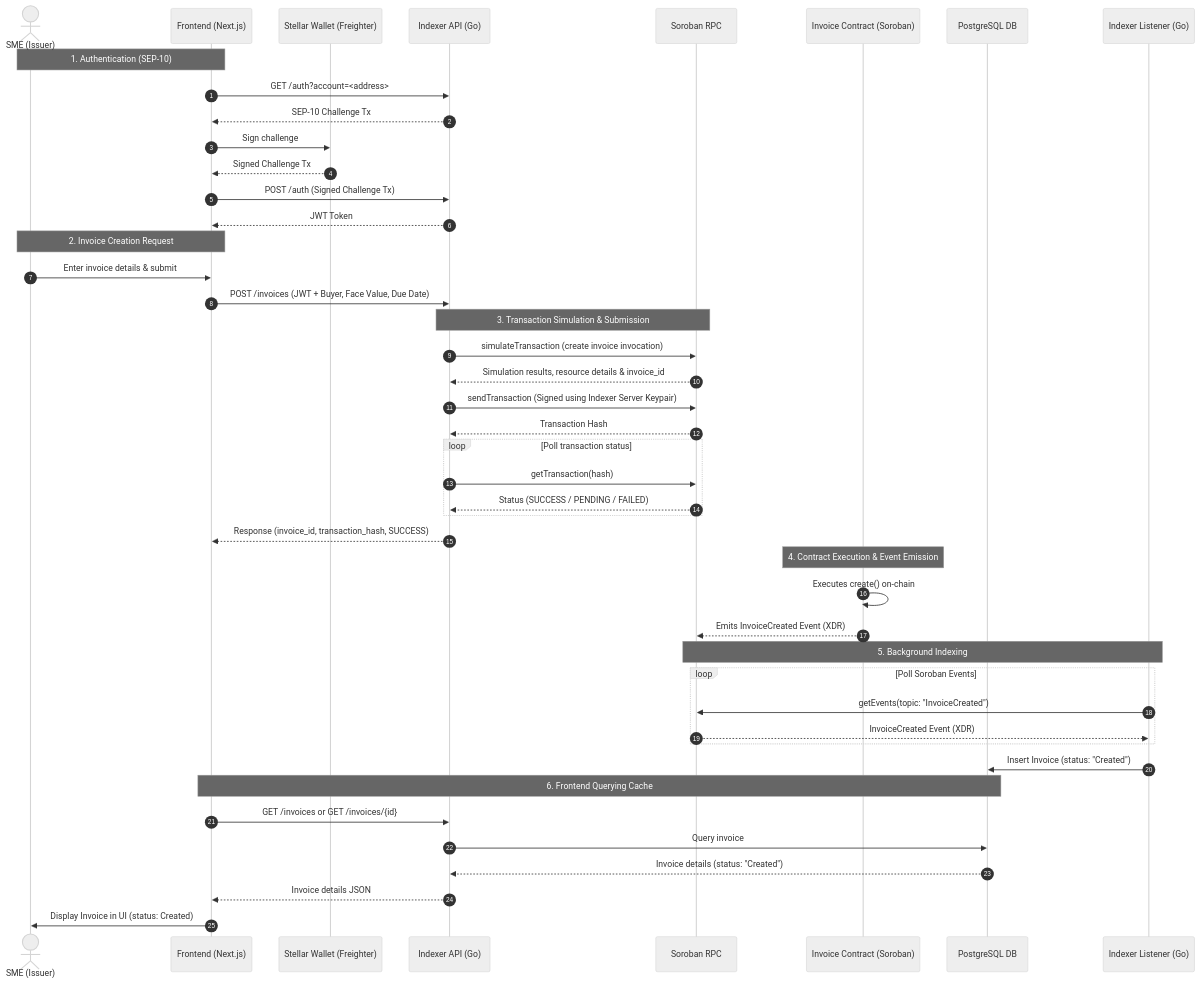
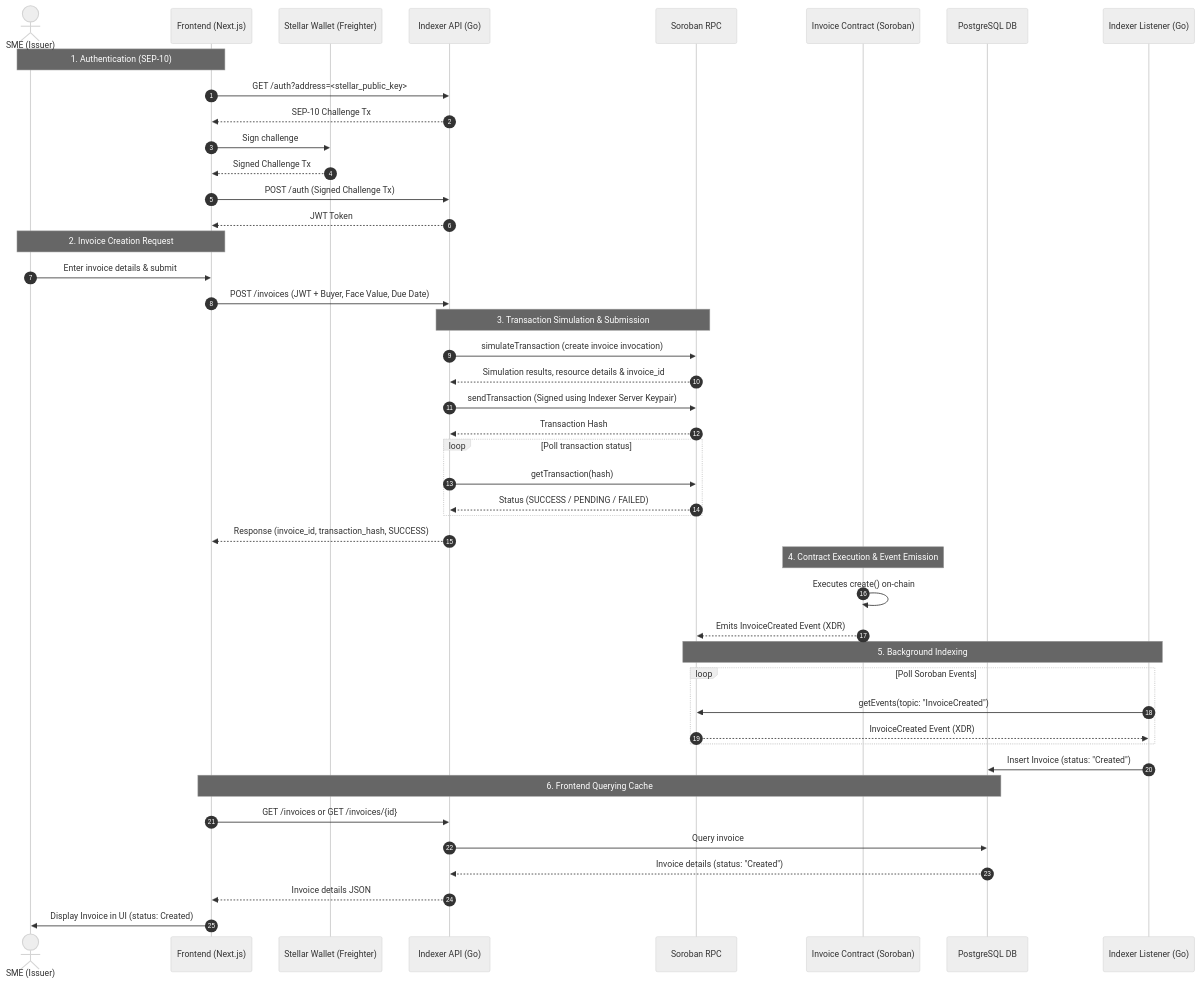
One commit to TrusTrove/TrusTrove-app changed the first of 2 diagrams in docs/ARCHITECTURE.md. Above: the diagram before and after it, drawn with Mermaid (neutral theme). The commit also changed other lines of this file and 10 other files, not shown here.

First line of the commit message:
docs: fix SDK reference, ARCHITECTURE, default economics, invoice flow (#912, #908, #904, #902)

````diff
--- a/docs/ARCHITECTURE.md
+++ b/docs/ARCHITECTURE.md
@@ -108,55 +131,55 @@
 ```mermaid
 sequenceDiagram
     autonumber
     actor SME as SME (Issuer)
     participant FE as Frontend (Next.js)
     participant Wallet as Stellar Wallet (Freighter)
     participant IX_API as Indexer API (Go)
     participant RPC as Soroban RPC
     participant SC as Invoice Contract (Soroban)
     participant DB as PostgreSQL DB
     participant IX_LIS as Indexer Listener (Go)
 
     Note over SME, FE: 1. Authentication (SEP-10)
-    FE->>IX_API: GET /auth?account=<address>
+    FE->>IX_API: GET /auth?address=<stellar_public_key>
     IX_API-->>FE: SEP-10 Challenge Tx
     FE->>Wallet: Sign challenge
     Wallet-->>FE: Signed Challenge Tx
     FE->>IX_API: POST /auth (Signed Challenge Tx)
     IX_API-->>FE: JWT Token
 
     Note over SME, FE: 2. Invoice Creation Request
     SME->>FE: Enter invoice details & submit
     FE->>IX_API: POST /invoices (JWT + Buyer, Face Value, Due Date)
 
     Note over IX_API, RPC: 3. Transaction Simulation & Submission
     IX_API->>RPC: simulateTransaction (create invoice invocation)
     RPC-->>IX_API: Simulation results, resource details & invoice_id
     IX_API->>RPC: sendTransaction (Signed using Indexer Server Keypair)
     RPC-->>IX_API: Transaction Hash
 
     loop Poll transaction status
         IX_API->>RPC: getTransaction(hash)
         RPC-->>IX_API: Status (SUCCESS / PENDING / FAILED)
     end
 
     IX_API-->>FE: Response (invoice_id, transaction_hash, SUCCESS)
 
     Note over SC: 4. Contract Execution & Event Emission
     SC->>SC: Executes create() on-chain
     SC-->>RPC: Emits InvoiceCreated Event (XDR)
 
     Note over IX_LIS, RPC: 5. Background Indexing
     loop Poll Soroban Events
         IX_LIS->>RPC: getEvents(topic: "InvoiceCreated")
         RPC-->>IX_LIS: InvoiceCreated Event (XDR)
     end
     IX_LIS->>DB: Insert Invoice (status: "Created")
 
     Note over FE, DB: 6. Frontend Querying Cache
     FE->>IX_API: GET /invoices or GET /invoices/{id}
     IX_API->>DB: Query invoice
     DB-->>IX_API: Invoice details (status: "Created")
     IX_API-->>FE: Invoice details JSON
     FE->>SME: Display Invoice in UI (status: Created)
 ```
````
